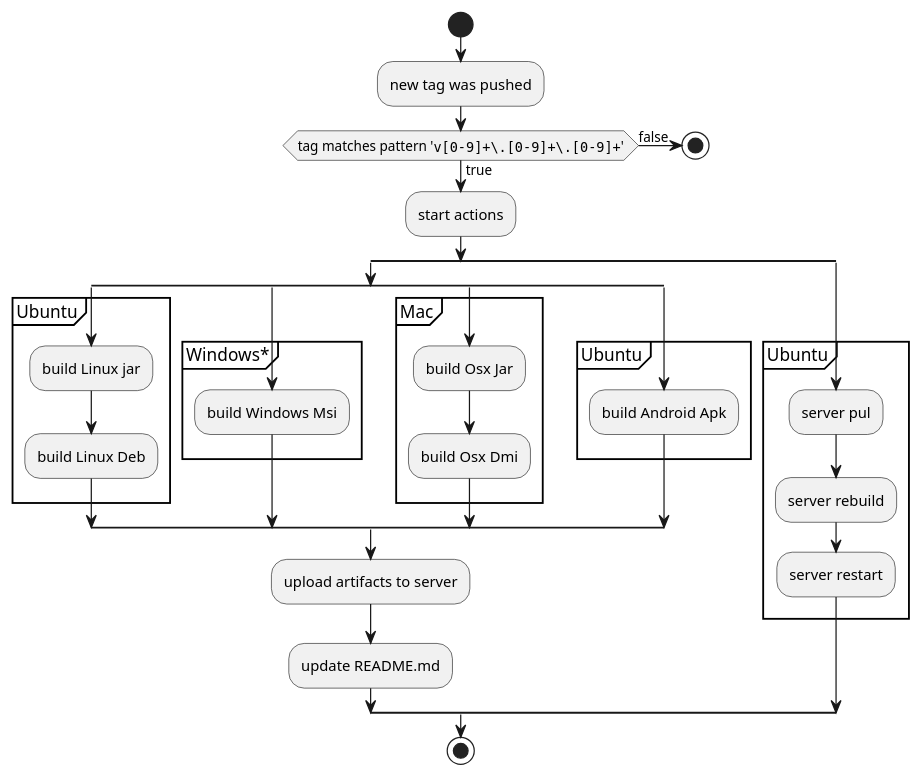
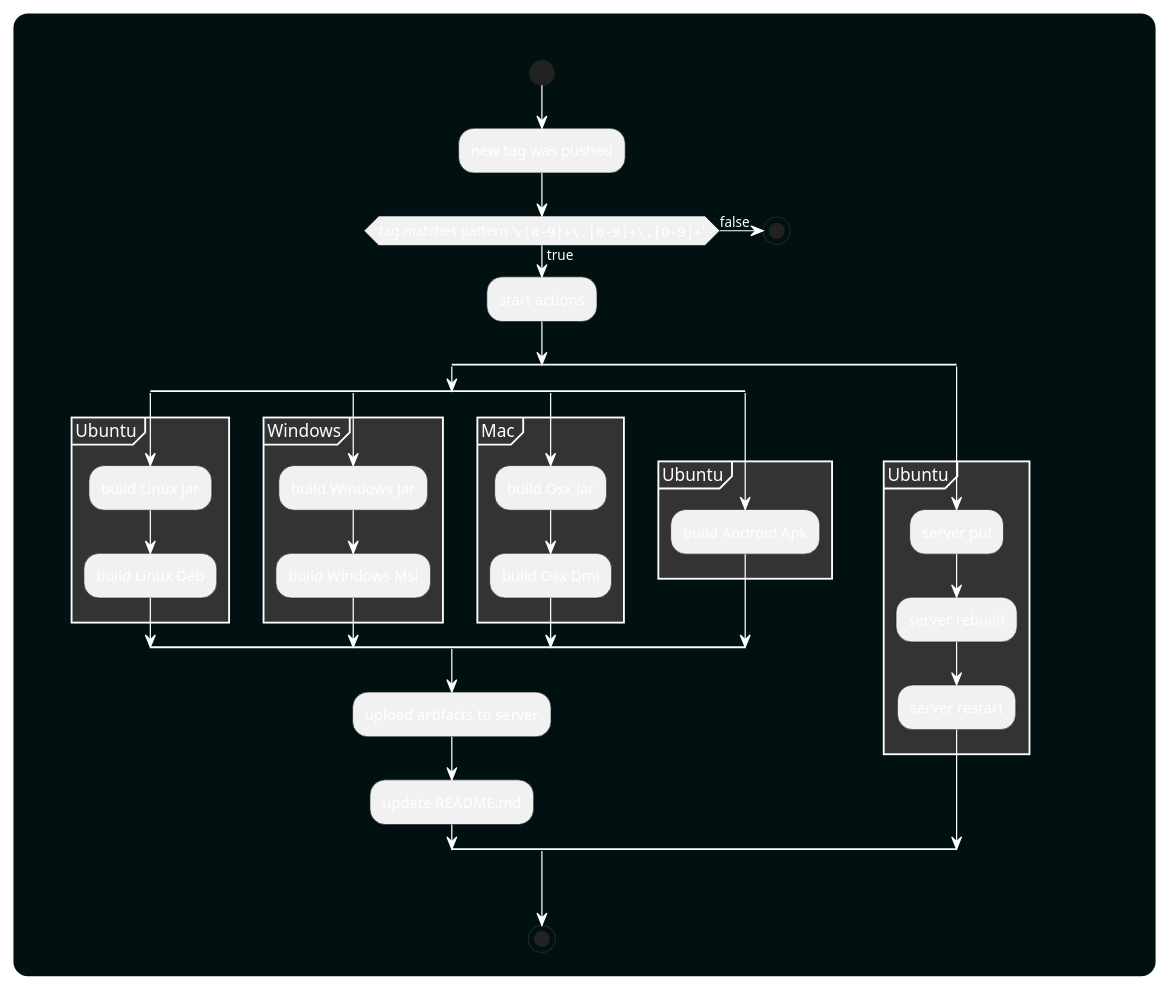
Before and after one commit to SaschaZ/KotlinMpChatDemo: the diagram in doc/puml/Deployment.puml, drawn with PlantUML. The commit also changed 1 other file, not shown here.

```diff
--- a/doc/puml/Deployment.puml
+++ b/doc/puml/Deployment.puml
@@ -1,44 +1,54 @@
 @startuml
 'https://plantuml.com/activity-diagram-beta
 
-start
-:new tag was pushed;
-if (tag matches pattern '""v[0-9]+\.[0-9]+\.[0-9]+""') then (true)
-    :start actions;
-        split
+skinparam arrowColor #fff
+skinparam defaultFontColor #fff
+skinparam partitionBackgroundColor #333
+skinparam partitionBorderColor #fff
+skinparam partitionBorderThickness 0.5
+skinparam roundCorner<<roundCorner>> 25
+skinparam rectangleBackgroundColor #011111
+
+rectangle "" <<roundCorner>> {
+    start
+    :new tag was pushed;
+    if (tag matches pattern '""v[0-9]+\.[0-9]+\.[0-9]+""') then (true)
+        :start actions;
             split
-                partition Ubuntu {
-                    :build Linux jar;
-                    :build Linux Deb;
-                }
-            split again
-                partition Windows* {
-                    :build Windows Msi;
-                }
-            split again
-                partition Mac {
-                    :build Osx Jar;
-                    :build Osx Dmi;
-                }
+                split
+                    partition Ubuntu {
+                        :build Linux jar;
+                        :build Linux Deb;
+                    }
+                split again
+                    partition Windows {
+                        :build Windows Jar;
+                        :build Windows Msi;
+                    }
+                split again
+                    partition Mac {
+                        :build Osx Jar;
+                        :build Osx Dmi;
+                    }
+                split again
+                    partition Ubuntu {
+                        :build Android Apk;
+                    }
+            end split
+            :upload artifacts to server;
+            :update README.md;
             split again
                 partition Ubuntu {
-                    :build Android Apk;
+                    :server pul;
+                    :server rebuild;
+                    :server restart;
                 }
         end split
-        :upload artifacts to server;
-        :update README.md;
-        split again
-            partition Ubuntu {
-                :server pul;
-                :server rebuild;
-                :server restart;
-            }
-    end split
-else (false)
-    stop
-endif
+    else (false)
+        stop
+    endif
 
 
-stop
-
+    stop
+}
 @enduml
```
